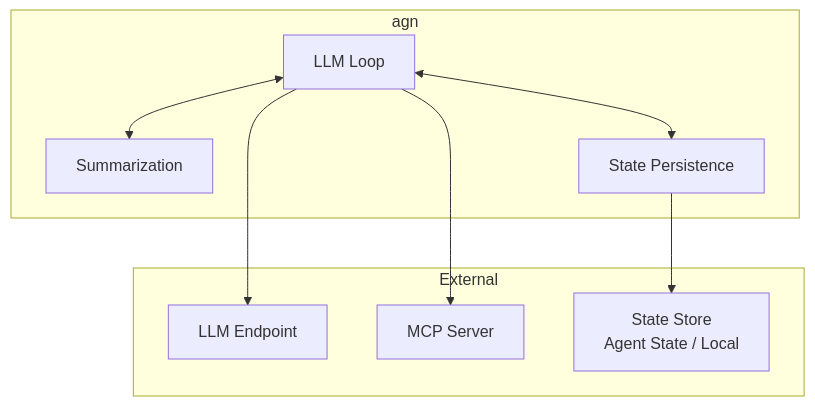
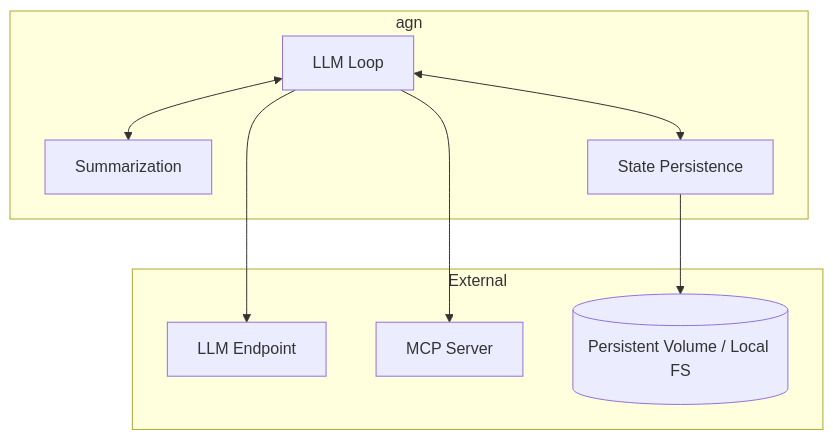
Before and after one commit to agynio/architecture: the first of 2 diagrams in architecture/agn-cli.md, drawn with Mermaid. The commit also changed other lines of this file and 14 other files, not shown here.

First line of the commit message:
Replace APSS with disk-based agent state, document data concern isolation

````diff
--- a/architecture/agn-cli.md
+++ b/architecture/agn-cli.md
@@ -73,20 +73,20 @@
 ```mermaid
 graph TB
     subgraph "agn"
         LLMLoop[LLM Loop]
         Summarization[Summarization]
         Persistence[State Persistence]
     end
 
     subgraph External
         LLM[LLM Endpoint]
         MCP[MCP Server]
-        StateStore[State Store<br/>Agent State / Local]
+        Disk[(Persistent Volume / Local FS)]
     end
 
     LLMLoop --> LLM
     LLMLoop --> MCP
     LLMLoop <--> Summarization
     LLMLoop <--> Persistence
-    Persistence --> StateStore
+    Persistence --> Disk
 ```
````
